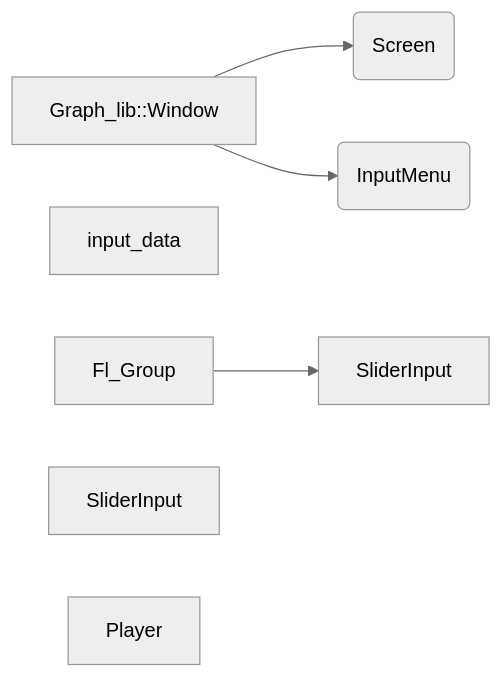
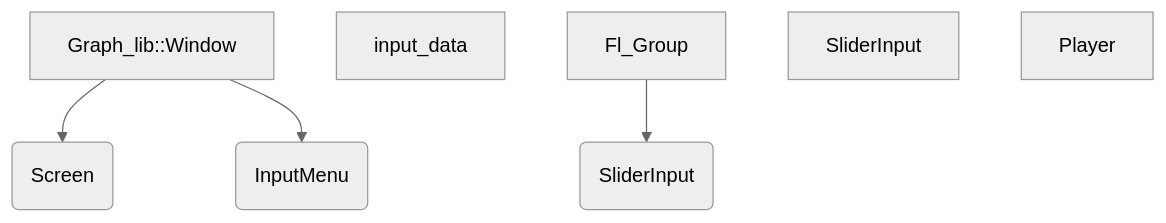
Before and after one commit to 4eburxn/sem23_project: the diagram in reviews/Graph_War.md, drawn with Mermaid (neutral theme). The commit also changed 1 other file, not shown here.

Commit message:
reviews fixed

````diff
--- a/reviews/Graph_War.md
+++ b/reviews/Graph_War.md
@@ -33,9 +33,9 @@
 ```mermaid
-graph LR
+graph TD
 A[Graph_lib::Window]--> B(Screen)
 A --> C(InputMenu)
 D[input_data]
-E[Fl_Group] --> F[SliderInput]
+E[Fl_Group] --> F(SliderInput)
 G[SliderInput] 
 H[Player]
 ```
````
